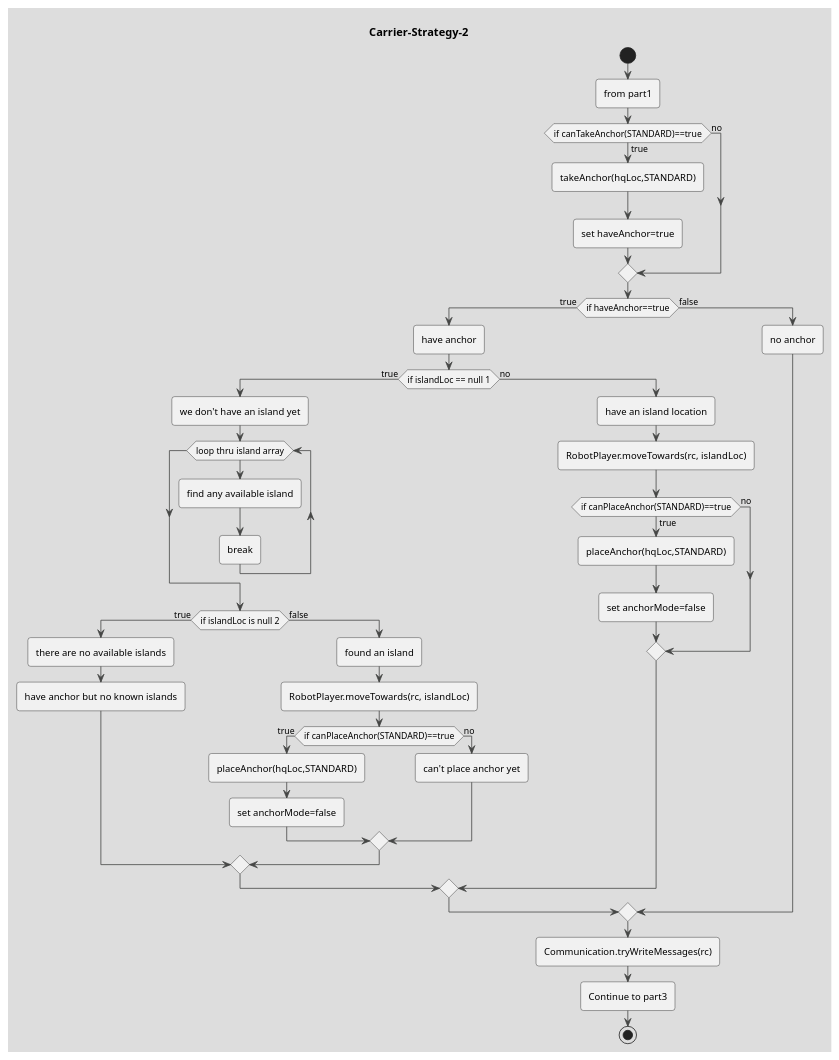
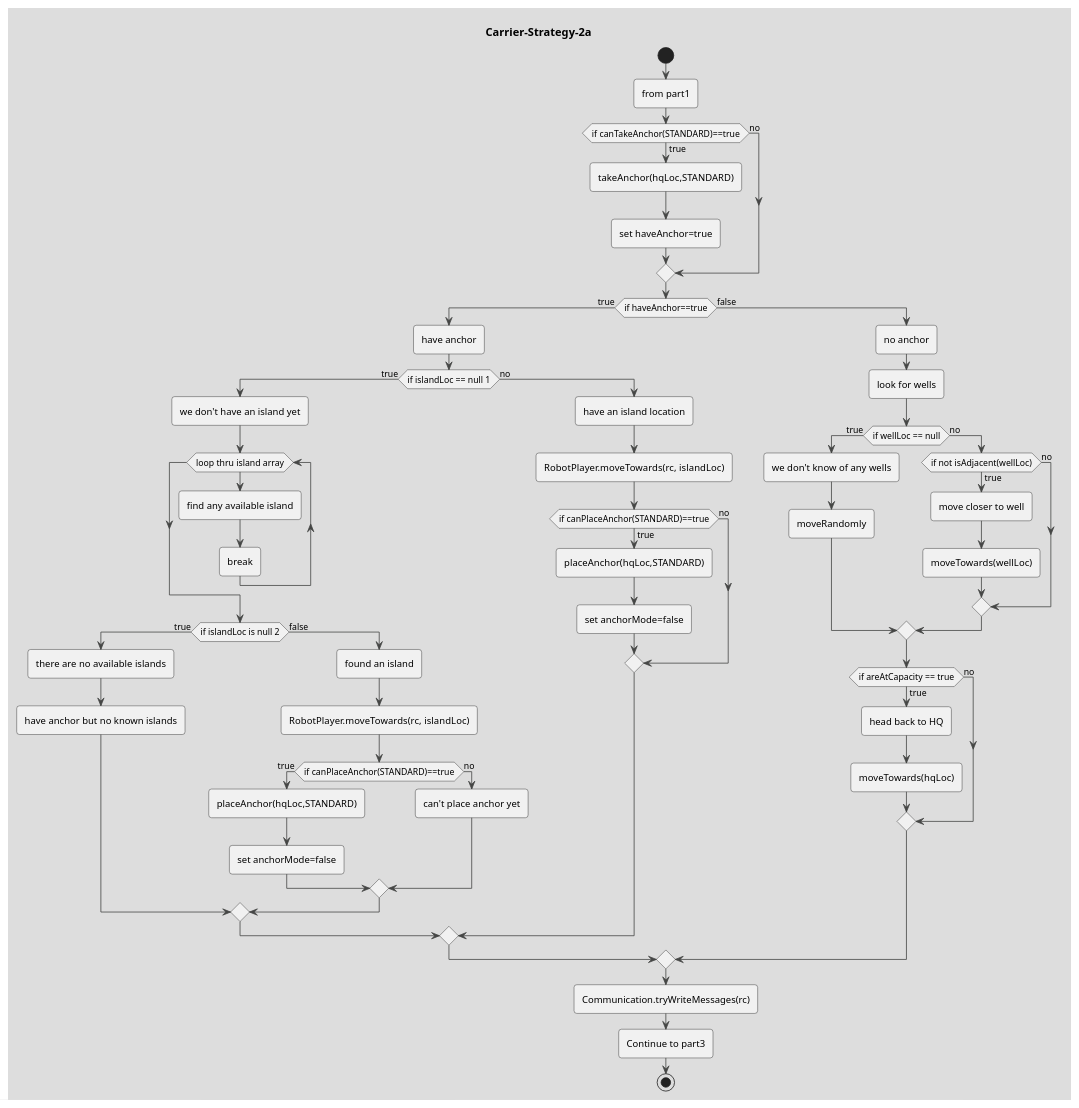
One commit to coding-to-music/plantuml-diagram-examples changed the diagram in drawings/Carrier-Strategy-2.puml. Above: the diagram before and after it, drawn with PlantUML. The commit also changed 2 other files, not shown here.

```diff
--- a/drawings/Carrier-Strategy-2.puml
+++ b/drawings/Carrier-Strategy-2.puml
@@ -1,50 +1,67 @@
-@startuml Carrier-Strategy-2
+@startuml Carrier-Strategy-2a
 !theme toy 
-title Carrier-Strategy-2
+title Carrier-Strategy-2a
 start
 
 :from part1; 
 
 if (if canTakeAnchor(STANDARD)==true) then (true) 
     :takeAnchor(hqLoc,STANDARD); 
     :set haveAnchor=true;
 else (no)
 endif
 
 if (if haveAnchor==true) then (true) 
     :have anchor;
     if(if islandLoc == null 1) then (true)
         :we don't have an island yet;
         while (loop thru island array)
             :find any available island;
             :break;
         endwhile  
         if(if islandLoc is null 2) then (true)
             :there are no available islands;
             :have anchor but no known islands;
         else (false)
             :found an island;
             :RobotPlayer.moveTowards(rc, islandLoc);
             if (if canPlaceAnchor(STANDARD)==true) then (true) 
                 :placeAnchor(hqLoc,STANDARD); 
                 :set anchorMode=false;
             else (no)
                 :can't place anchor yet;
             endif
         endif
     else (no)
         :have an island location;
         :RobotPlayer.moveTowards(rc, islandLoc);
         if (if canPlaceAnchor(STANDARD)==true) then (true) 
             :placeAnchor(hqLoc,STANDARD); 
             :set anchorMode=false;
         else (no)
         endif
     endif
 else (false)
     :no anchor;
+    :look for wells;
+    if (if wellLoc == null) then (true) 
+        :we don't know of any wells; 
+        :moveRandomly;
+    else (no)
+        if (if not isAdjacent(wellLoc)) then (true) 
+            :move closer to well; 
+            :moveTowards(wellLoc);
+        else (no)
+        endif
+    endif
+
+    if (if areAtCapacity == true) then (true) 
+        :head back to HQ; 
+        :moveTowards(hqLoc);
+    else (no)
+    endif
 endif 
 :Communication.tryWriteMessages(rc);
 :Continue to part3; 
 stop
 @enduml
```
